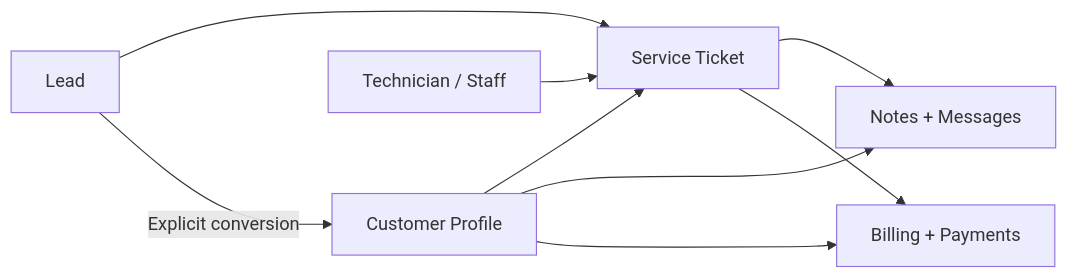
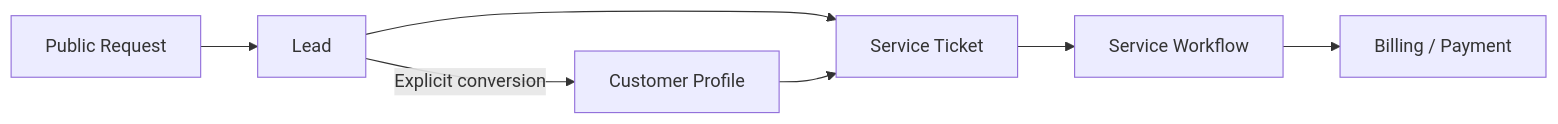
One commit to kaymade/golden-years-case-study changed the second of 2 diagrams in README.md. Above: the diagram before and after it, drawn with Mermaid. The commit also changed other lines of this file and 4 other files, not shown here.

````diff
--- a/README.md
+++ b/README.md
@@ -298,18 +135,16 @@
 ```mermaid
 flowchart LR
+    Request[Public Request]
     Lead[Lead]
     Ticket[Service Ticket]
     Customer[Customer Profile]
-    Tech[Technician / Staff]
-    Notes[Notes + Messages]
-    Billing[Billing + Payments]
+    Service[Service Workflow]
+    Billing[Billing / Payment]
 
+    Request --> Lead
     Lead --> Ticket
     Lead -->|Explicit conversion| Customer
     Customer --> Ticket
-    Tech --> Ticket
-    Ticket --> Notes
-    Customer --> Notes
-    Ticket --> Billing
-    Customer --> Billing
+    Ticket --> Service
+    Service --> Billing
 ```
````
